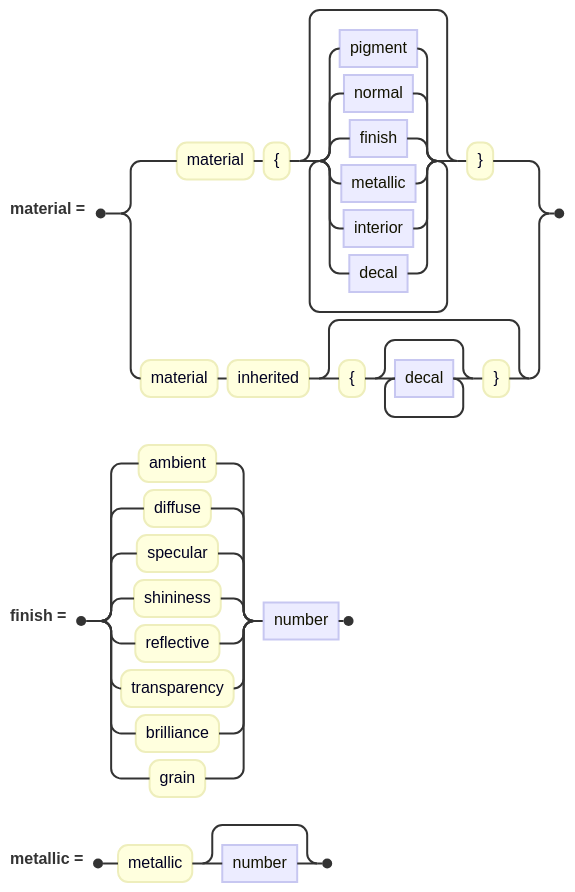
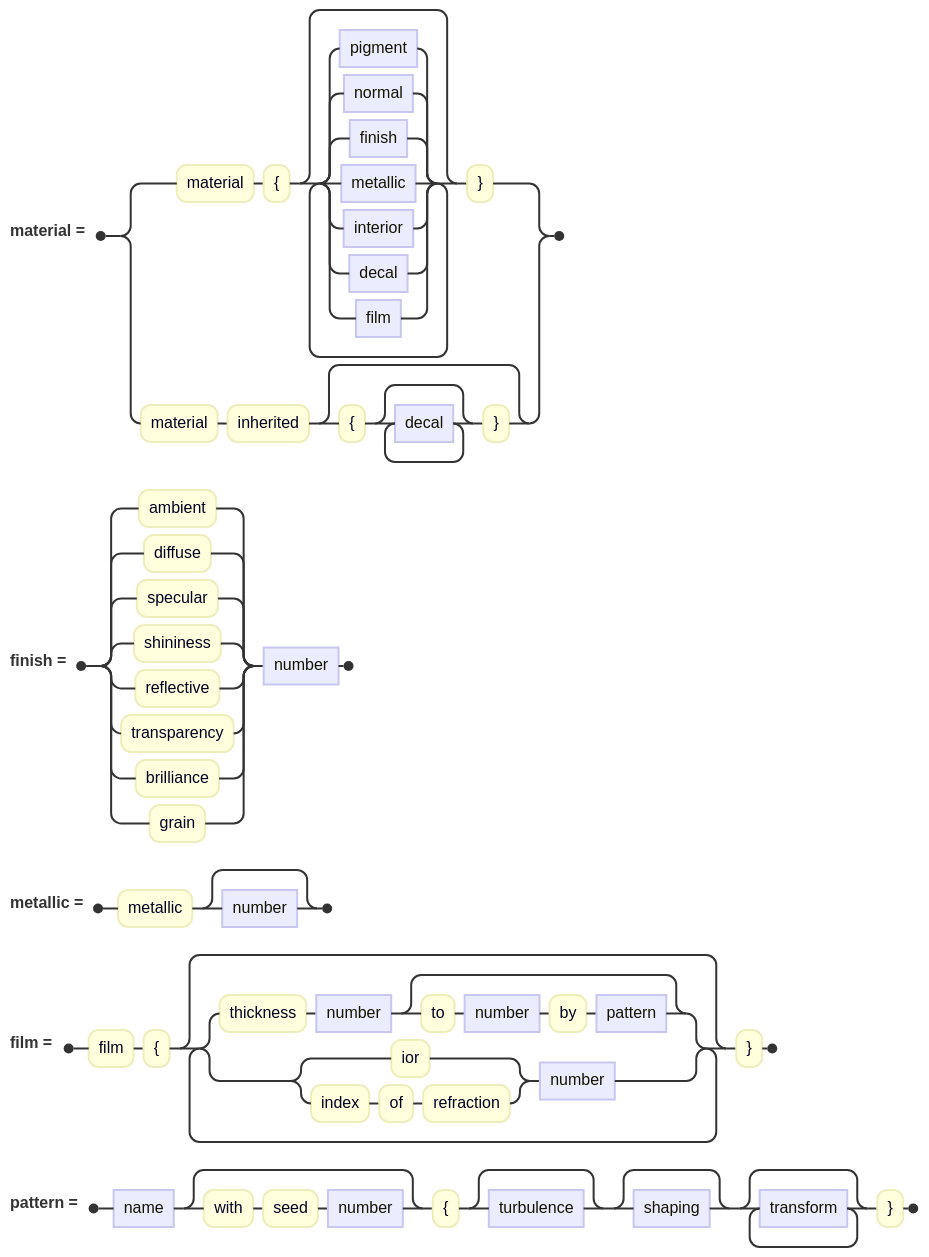
Before and after one commit to jskress/RayTracer: the diagram in docs/diagrams/materials/materialClause.mmd, drawn with Mermaid. The commit also changed 19 other files, not shown here.

```diff
--- a/docs/diagrams/materials/materialClause.mmd
+++ b/docs/diagrams/materials/materialClause.mmd
@@ -1,10 +1,15 @@
 railroad-ebnf-beta
 title "A material"
 
-material = "material" "{" { pigment | normal | finish | metallic | interior | decal } "}"
+material = "material" "{" { pigment | normal | finish | metallic | interior | decal | film } "}"
          | "material" "inherited" [ "{" { decal } "}" ] ;
 
 finish = ( "ambient" | "diffuse" | "specular" | "shininess" | "reflective"
          | "transparency" | "brilliance" | "grain" ) number ;
 
 metallic = "metallic" [ number ] ;
+
+film = "film" "{" { "thickness" number [ "to" number "by" pattern ]
+                  | ( "ior" | "index" "of" "refraction" ) number } "}" ;
+
+pattern = name [ "with" "seed" number ] "{" [ turbulence ] [ shaping ] { transform } "}" ;
```
